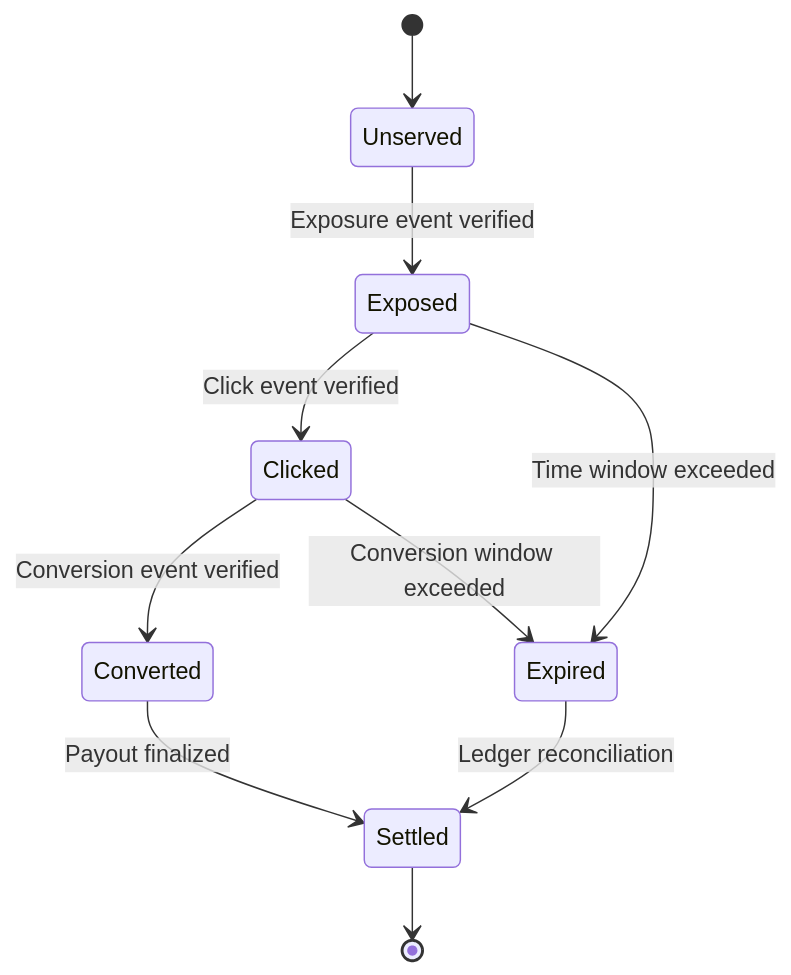
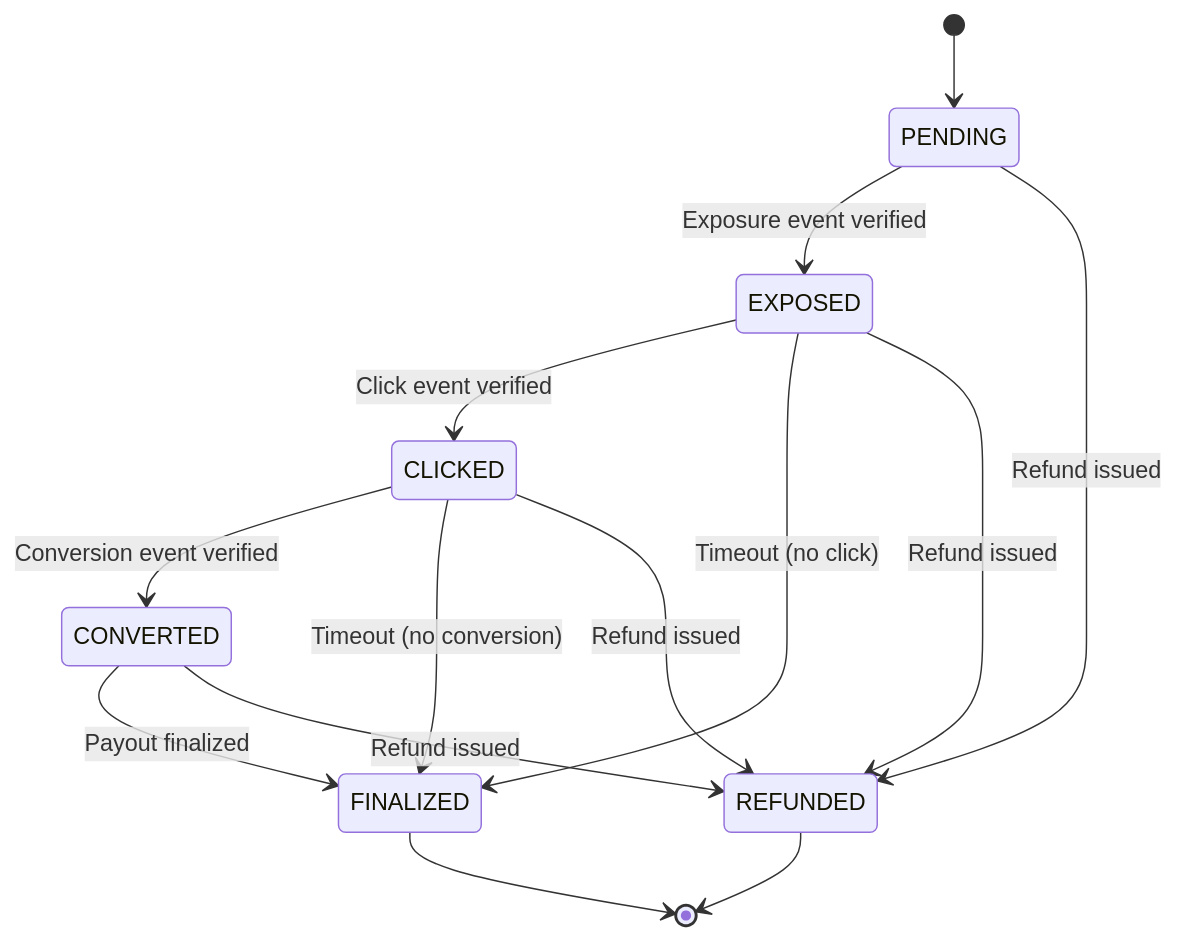
The diagram in state-machine.mdx (GouniManikumar12/mintlify-docs), drawn with Mermaid before and after one commit. The commit also changed other lines of this file and 12 other files, not shown here.

First line of the commit message:
Revise protocol docs for clarity and schema updates

````diff
--- a/state-machine.mdx
+++ b/state-machine.mdx
@@ -31,12 +31,16 @@
 ```mermaid
 stateDiagram-v2
-    [*] --> Unserved
-    Unserved --> Exposed: Exposure event verified
-    Exposed --> Clicked: Click event verified
-    Clicked --> Converted: Conversion event verified
-    Exposed --> Expired: Time window exceeded
-    Clicked --> Expired: Conversion window exceeded
-    Converted --> Settled: Payout finalized
-    Expired --> Settled: Ledger reconciliation
-    Settled --> [*]
+    [*] --> PENDING
+    PENDING --> EXPOSED: Exposure event verified
+    EXPOSED --> CLICKED: Click event verified
+    CLICKED --> CONVERTED: Conversion event verified
+    CONVERTED --> FINALIZED: Payout finalized
+    EXPOSED --> FINALIZED: Timeout (no click)
+    CLICKED --> FINALIZED: Timeout (no conversion)
+    PENDING --> REFUNDED: Refund issued
+    EXPOSED --> REFUNDED: Refund issued
+    CLICKED --> REFUNDED: Refund issued
+    CONVERTED --> REFUNDED: Refund issued
+    FINALIZED --> [*]
+    REFUNDED --> [*]
 ```
````
